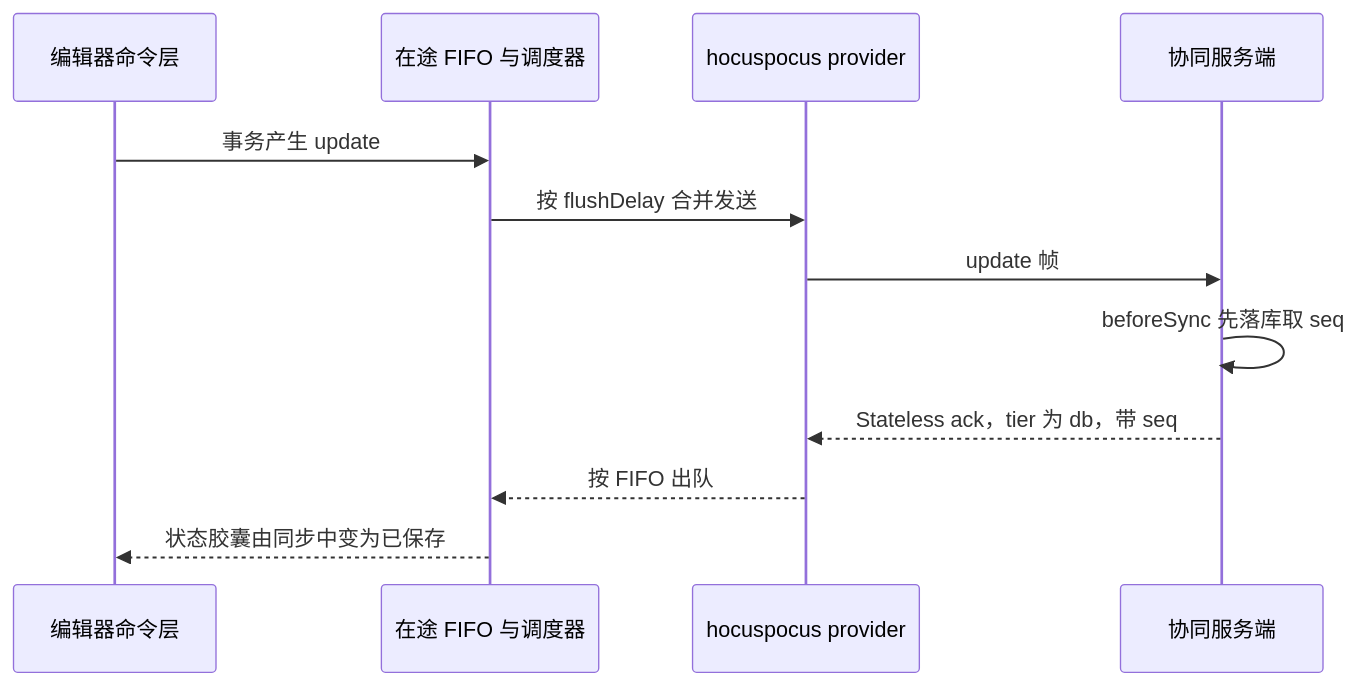
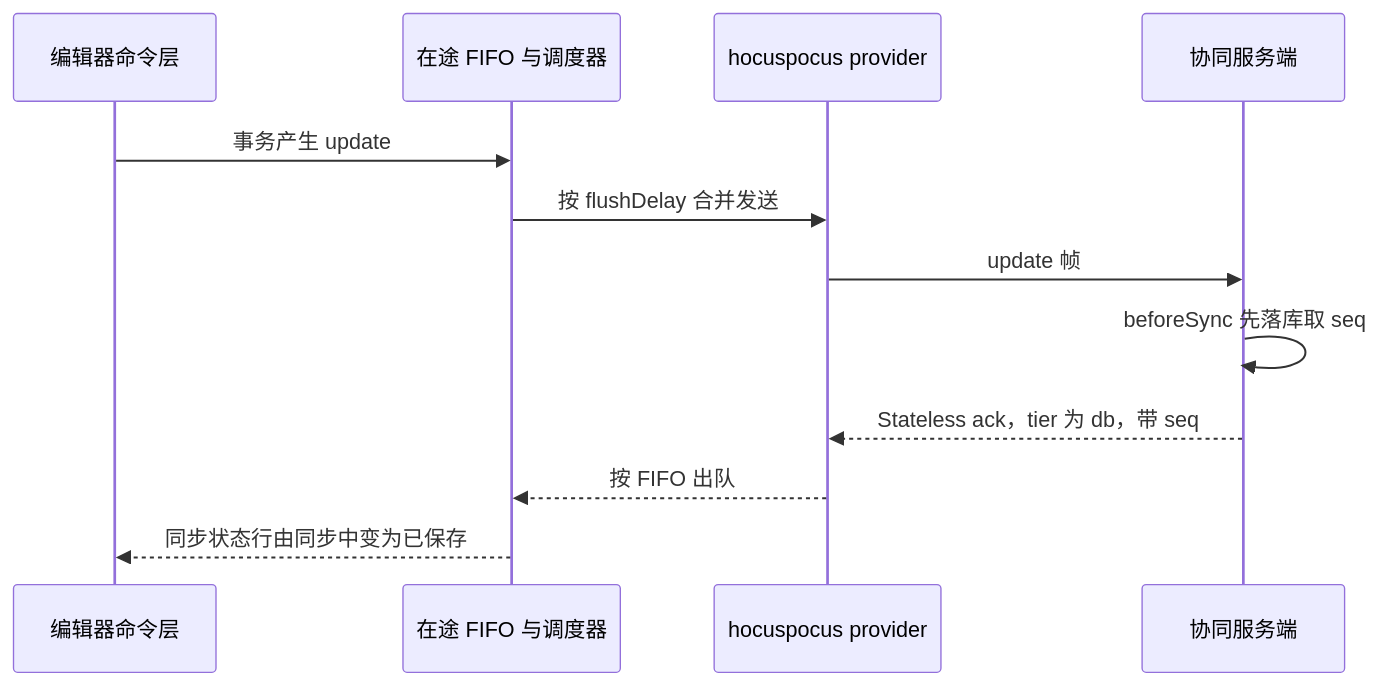
Before and after one commit to Xeonice/cordis-ppt-editor: diagram 27 of 35 in docs/50-frontend/18-editor-capabilities.md, drawn with Mermaid. The commit also changed other lines of this file and 25 other files, not shown here.

````diff
--- a/docs/50-frontend/18-editor-capabilities.md
+++ b/docs/50-frontend/18-editor-capabilities.md
@@ -1195,14 +1213,14 @@
 ```mermaid
 sequenceDiagram
   participant E as 编辑器命令层
   participant F as 在途 FIFO 与调度器
   participant P as hocuspocus provider
   participant S as 协同服务端
   E->>F: 事务产生 update
   F->>P: 按 flushDelay 合并发送
   P->>S: update 帧
   S->>S: beforeSync 先落库取 seq
   S-->>P: Stateless ack，tier 为 db，带 seq
   P-->>F: 按 FIFO 出队
-  F-->>E: 状态胶囊由同步中变为已保存
+  F-->>E: 同步状态行由同步中变为已保存
 ```
````
